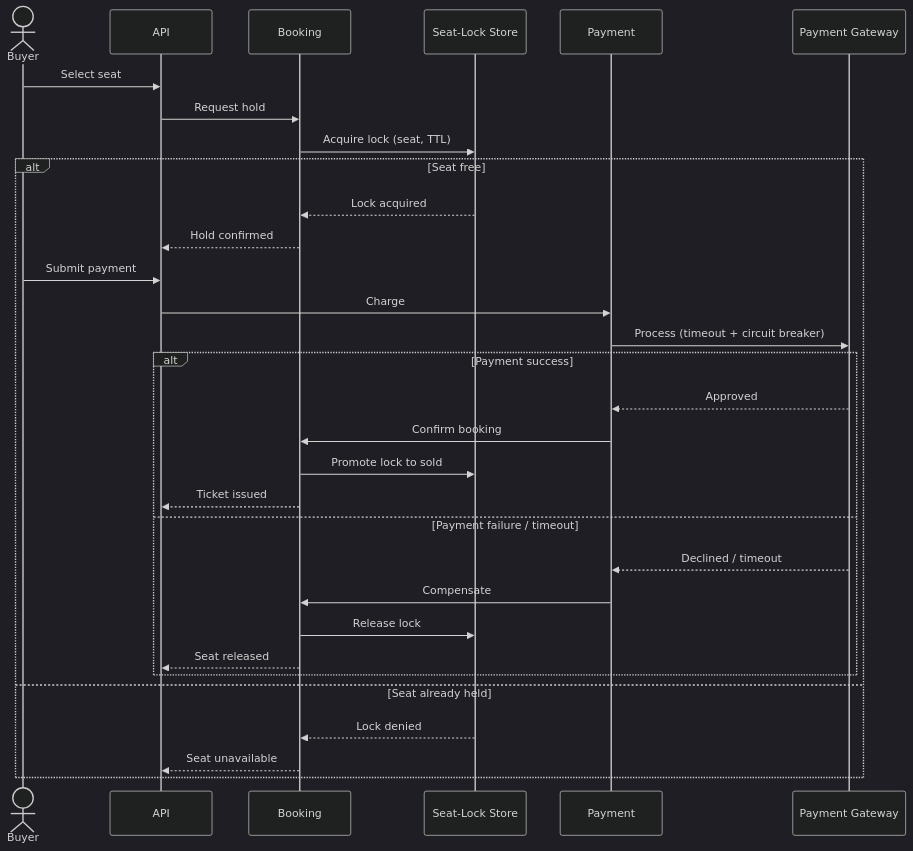
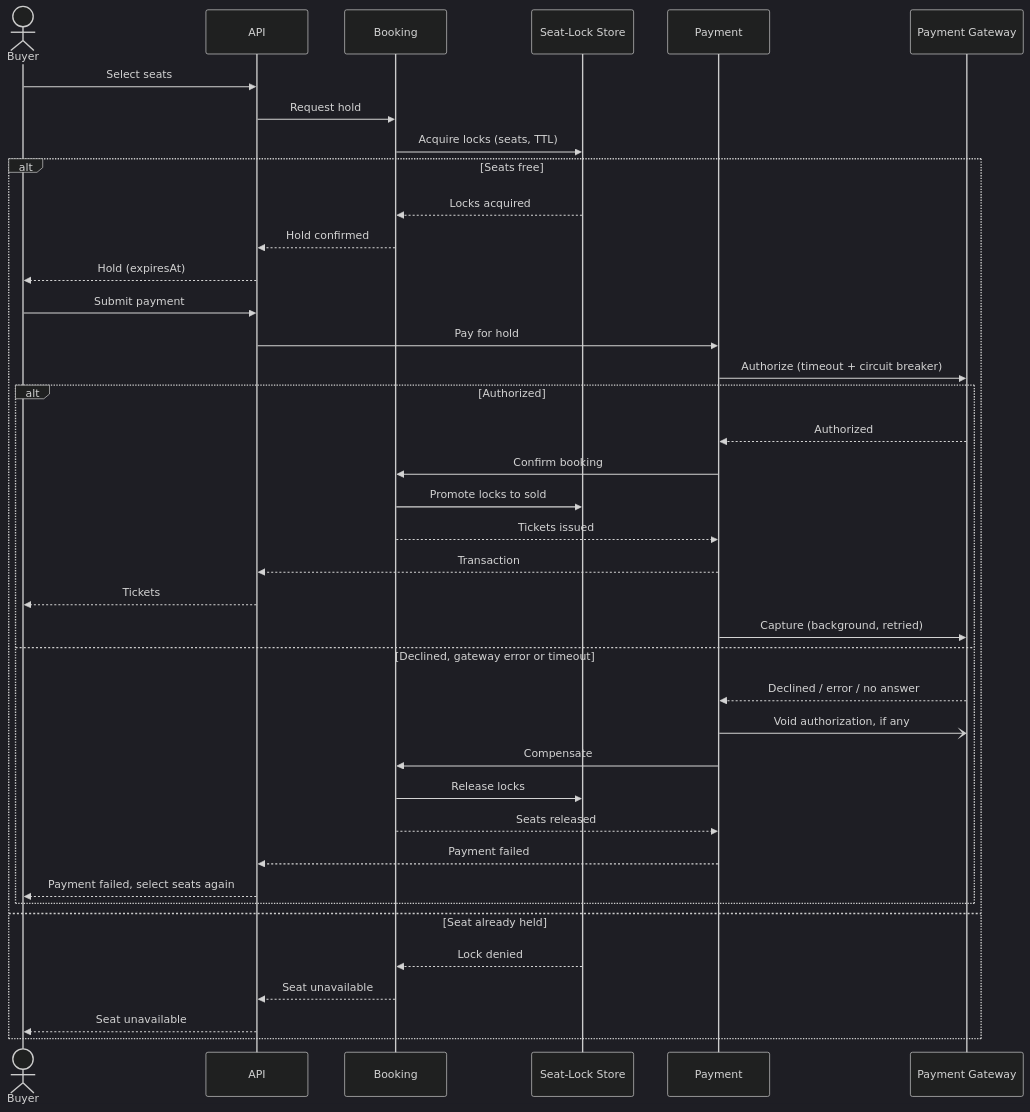
Before and after one commit to hrytsykvl/Ticketium: the fourth of 4 diagrams in docs/ARCHITECTURE.md, drawn with Mermaid (dark theme). The commit also changed other lines of this file and 6 other files, not shown here.

````diff
--- a/docs/ARCHITECTURE.md
+++ b/docs/ARCHITECTURE.md
@@ -133,34 +209,42 @@
 ```mermaid
 sequenceDiagram
     actor Buyer
     participant API
     participant Booking
     participant Cache as Seat-Lock Store
     participant Payment
     participant PG as Payment Gateway
 
-    Buyer->>API: Select seat
+    Buyer->>API: Select seats
     API->>Booking: Request hold
-    Booking->>Cache: Acquire lock (seat, TTL)
-    alt Seat free
-        Cache-->>Booking: Lock acquired
+    Booking->>Cache: Acquire locks (seats, TTL)
+    alt Seats free
+        Cache-->>Booking: Locks acquired
         Booking-->>API: Hold confirmed
+        API-->>Buyer: Hold (expiresAt)
         Buyer->>API: Submit payment
-        API->>Payment: Charge
-        Payment->>PG: Process (timeout + circuit breaker)
-        alt Payment success
-            PG-->>Payment: Approved
+        API->>Payment: Pay for hold
+        Payment->>PG: Authorize (timeout + circuit breaker)
+        alt Authorized
+            PG-->>Payment: Authorized
             Payment->>Booking: Confirm booking
-            Booking->>Cache: Promote lock to sold
-            Booking-->>API: Ticket issued
-        else Payment failure / timeout
-            PG-->>Payment: Declined / timeout
+            Booking->>Cache: Promote locks to sold
+            Booking-->>Payment: Tickets issued
+            Payment-->>API: Transaction
+            API-->>Buyer: Tickets
+            Payment->>PG: Capture (background, retried)
+        else Declined, gateway error or timeout
+            PG-->>Payment: Declined / error / no answer
+            Payment-)PG: Void authorization, if any
             Payment->>Booking: Compensate
-            Booking->>Cache: Release lock
-            Booking-->>API: Seat released
+            Booking->>Cache: Release locks
+            Booking-->>Payment: Seats released
+            Payment-->>API: Payment failed
+            API-->>Buyer: Payment failed, select seats again
         end
     else Seat already held
         Cache-->>Booking: Lock denied
         Booking-->>API: Seat unavailable
+        API-->>Buyer: Seat unavailable
     end
 ```
````
